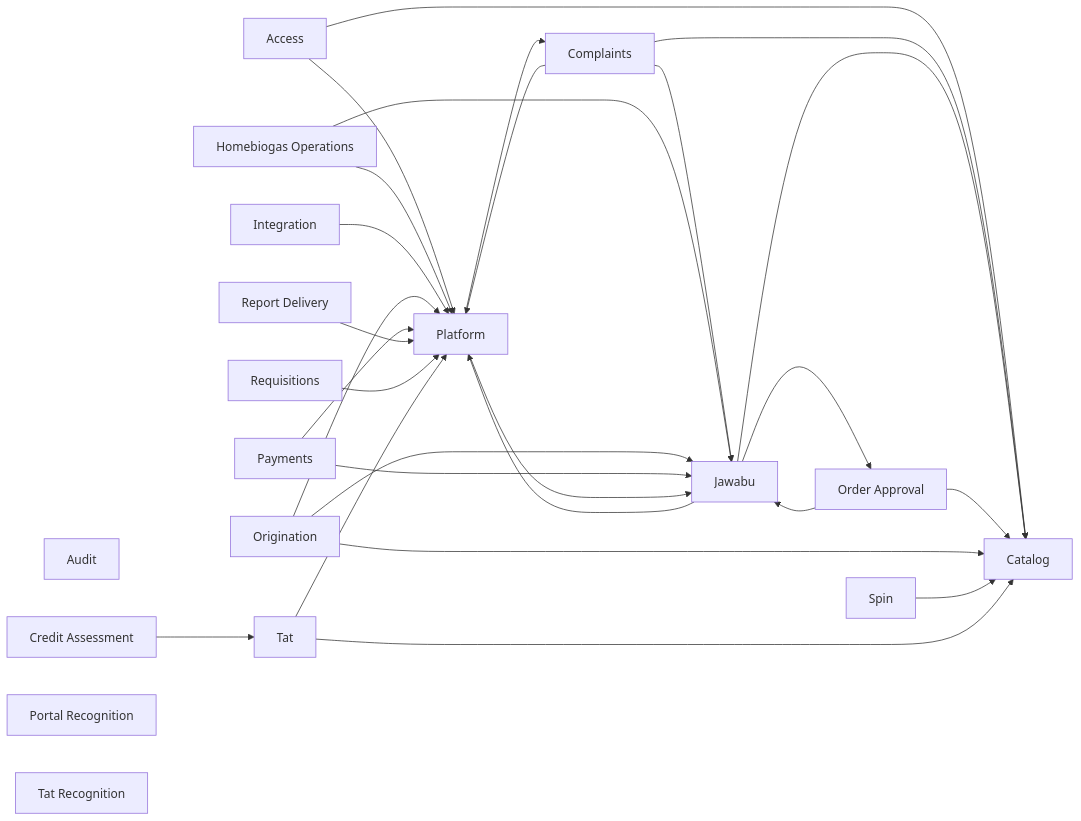
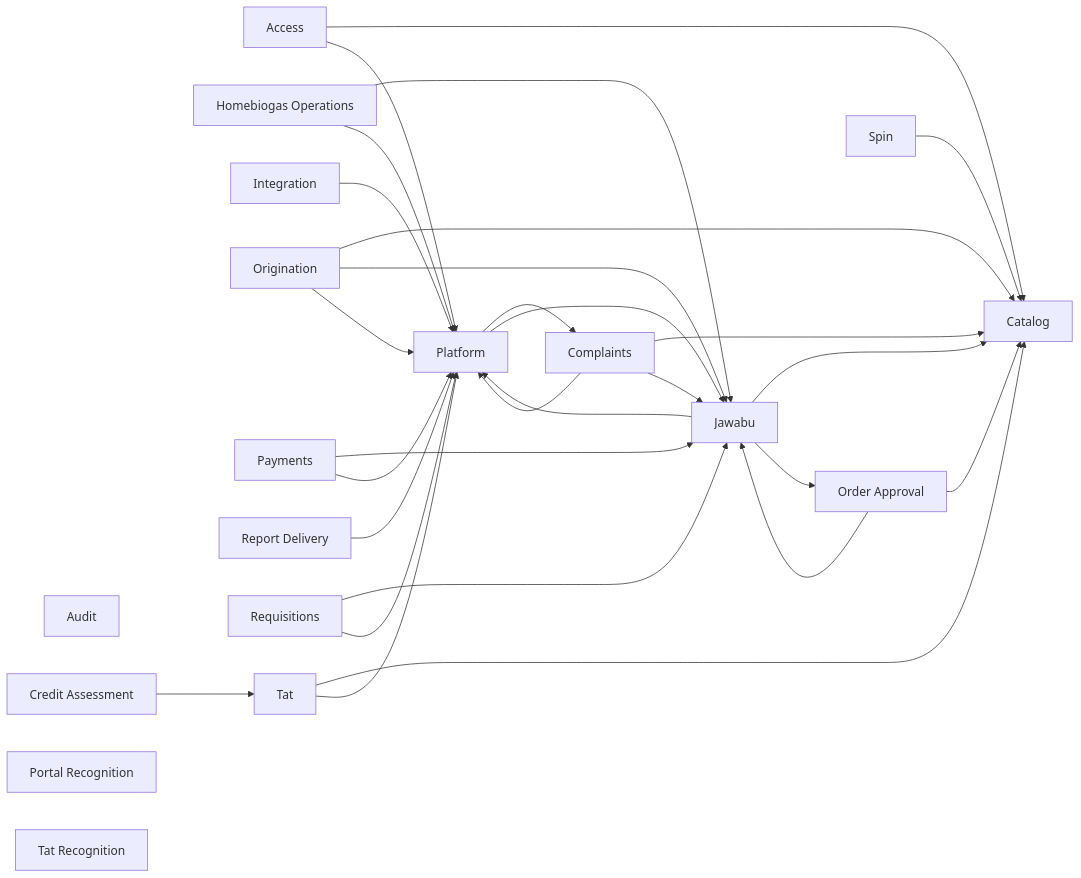
Before and after one commit to bedanavrvm/HB-Biogas-Telegram-Bot: the diagram in docs/database/overview.mmd, drawn with Mermaid. The commit also changed 57 other files, not shown here.

```diff
--- a/docs/database/overview.mmd
+++ b/docs/database/overview.mmd
@@ -1,45 +1,46 @@
 flowchart LR
   access["Access"]
   audit["Audit"]
   catalog["Catalog"]
   complaints["Complaints"]
   credit_assessment["Credit Assessment"]
   homebiogas_operations["Homebiogas Operations"]
   integration["Integration"]
   jawabu["Jawabu"]
   order_approval["Order Approval"]
   origination["Origination"]
   payments["Payments"]
   platform["Platform"]
   portal_recognition["Portal Recognition"]
   report_delivery["Report Delivery"]
   requisitions["Requisitions"]
   spin["Spin"]
   tat["Tat"]
   tat_recognition["Tat Recognition"]
   access --> catalog
   access --> platform
   complaints --> catalog
   complaints --> jawabu
   complaints --> platform
   credit_assessment --> tat
   homebiogas_operations --> jawabu
   homebiogas_operations --> platform
   integration --> platform
   jawabu --> catalog
   jawabu --> order_approval
   jawabu --> platform
   order_approval --> catalog
   order_approval --> jawabu
   origination --> catalog
   origination --> jawabu
   origination --> platform
   payments --> jawabu
   payments --> platform
   platform --> complaints
   platform --> jawabu
   report_delivery --> platform
+  requisitions --> jawabu
   requisitions --> platform
   spin --> catalog
   tat --> catalog
   tat --> platform
```
